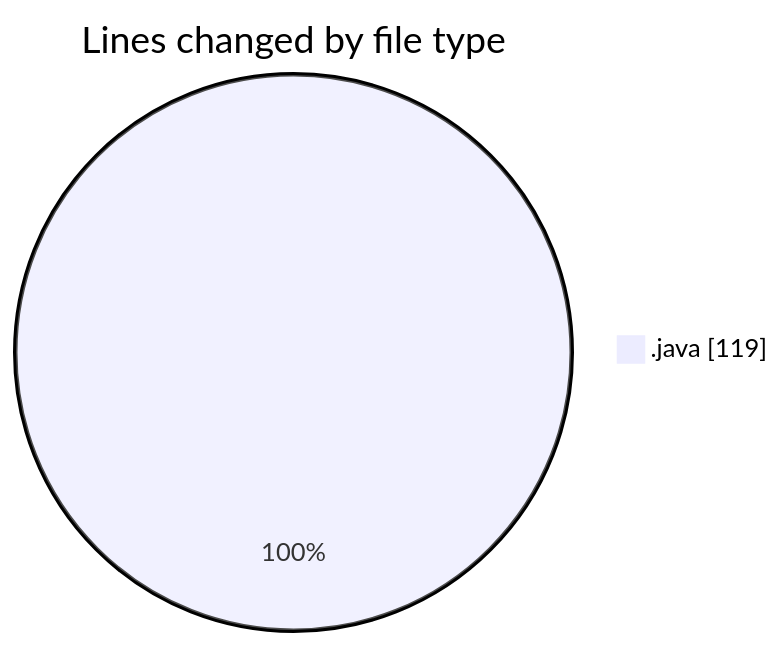
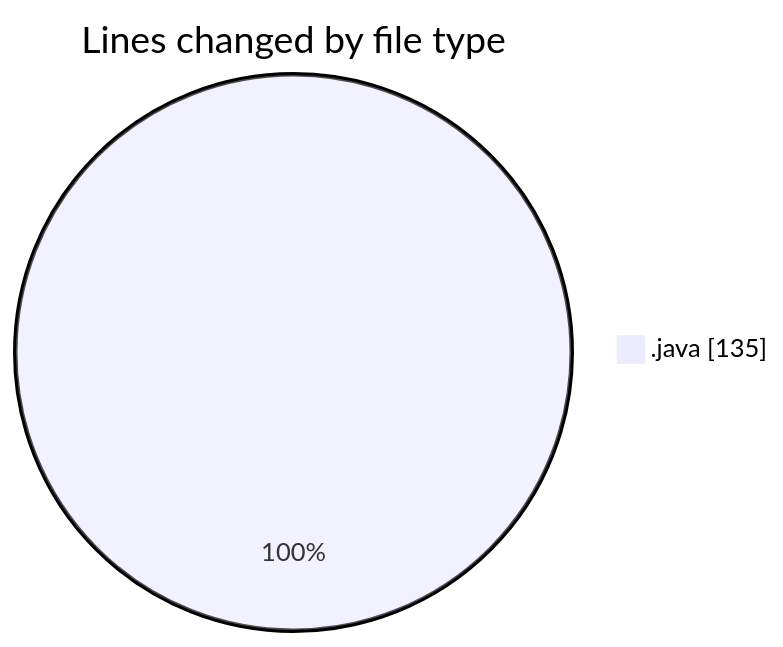
One commit to hasnaa123/code-tracking changed the first of 2 diagrams in 2026-10-25/taskforge/README.md. Above: the diagram before and after it, drawn with Mermaid. The commit also changed other lines of this file and 1 other file, not shown here.

````diff
--- a/2026-10-25/taskforge/README.md
+++ b/2026-10-25/taskforge/README.md
@@ -21,5 +21,5 @@
 ```mermaid
 pie showData
 title Lines changed by file type
-".java" : 119
+".java" : 135
 ```
````
